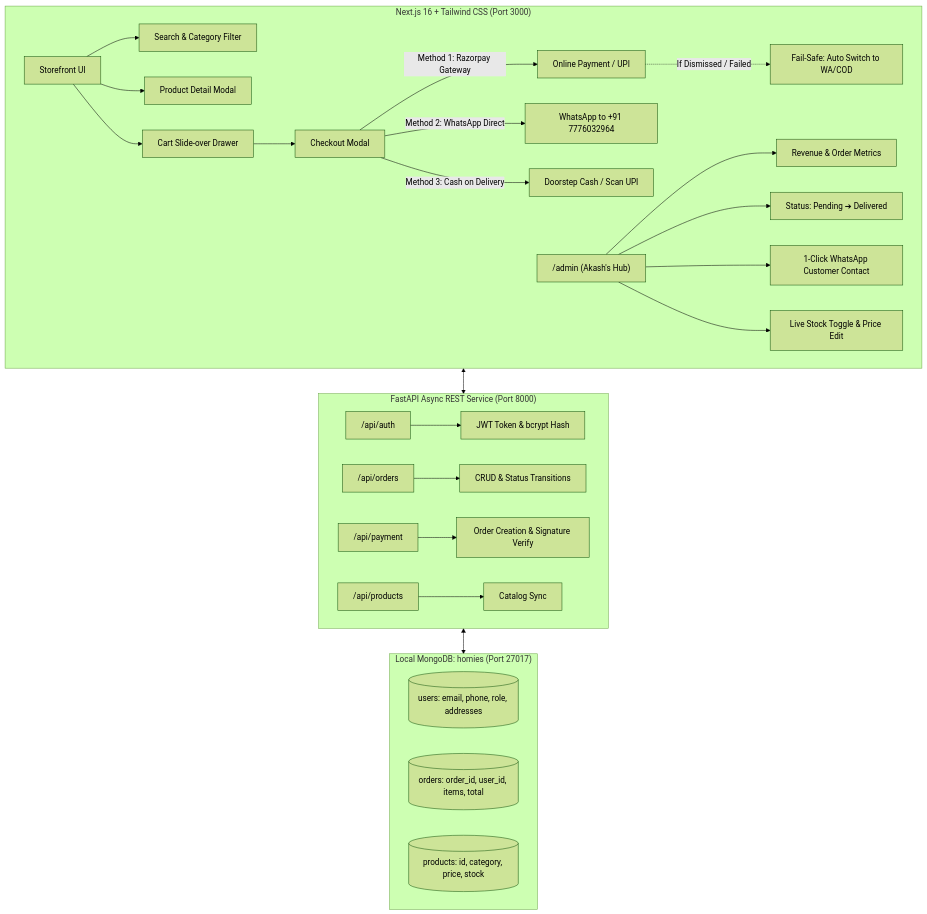
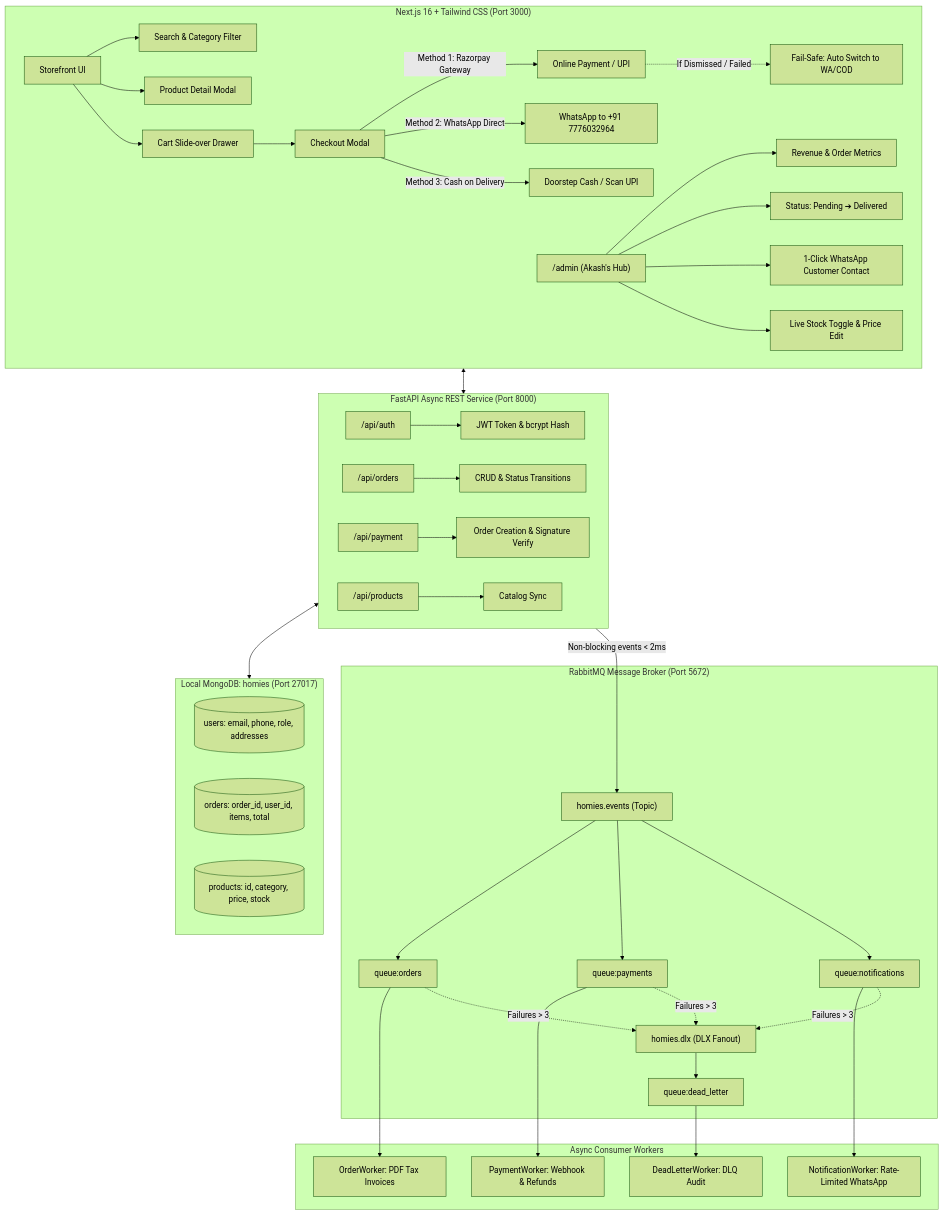
The diagram in .agents/skills/homies-clean/SKILL.md (Akash1510/Homies), drawn with Mermaid (forest theme) before and after one commit. The commit also changed other lines of this file and 2 other files, not shown here.

````diff
--- a/.agents/skills/homies-clean/SKILL.md
+++ b/.agents/skills/homies-clean/SKILL.md
@@ -33,35 +33,56 @@
 ```mermaid
 flowchart TD
     subgraph Frontend ["Next.js 16 + Tailwind CSS (Port 3000)"]
         UI[Storefront UI] --> Search[Search & Category Filter]
         UI --> PDP[Product Detail Modal]
         UI --> Cart[Cart Slide-over Drawer]
         Cart --> Checkout[Checkout Modal]
         
         Checkout -->|Method 1: Razorpay Gateway| RZP[Online Payment / UPI]
         Checkout -->|Method 2: WhatsApp Direct| WA[WhatsApp to +91 7776032964]
         Checkout -->|Method 3: Cash on Delivery| COD[Doorstep Cash / Scan UPI]
         RZP -.->|If Dismissed / Failed| Fallback[Fail-Safe: Auto Switch to WA/COD]
         
         AdminUI["/admin (Akash's Hub)"] --> Metrics[Revenue & Order Metrics]
         AdminUI --> OrderTrack[Status: Pending ➔ Delivered]
         AdminUI --> WACustomer[1-Click WhatsApp Customer Contact]
         AdminUI --> Stock[Live Stock Toggle & Price Edit]
     end
 
     subgraph Backend ["FastAPI Async REST Service (Port 8000)"]
         AuthRoute["/api/auth"] --> JWT[JWT Token & bcrypt Hash]
         OrderRoute["/api/orders"] --> OrderOps[CRUD & Status Transitions]
         PayRoute["/api/payment"] --> RZPOps[Order Creation & Signature Verify]
         ProdRoute["/api/products"] --> ProdOps[Catalog Sync]
     end
 
+    subgraph Broker ["RabbitMQ Message Broker (Port 5672)"]
+        TopicEx["homies.events (Topic)"]
+        DLXEx["homies.dlx (DLX Fanout)"]
+        QOrders["queue:orders"]
+        QPay["queue:payments"]
+        QNotif["queue:notifications"]
+        QDLQ["queue:dead_letter"]
+    end
+
+    subgraph Workers ["Async Consumer Workers"]
+        OWorker["OrderWorker: PDF Tax Invoices"]
+        PWorker["PaymentWorker: Webhook & Refunds"]
+        NWorker["NotificationWorker: Rate-Limited WhatsApp"]
+        DLQWorker["DeadLetterWorker: DLQ Audit"]
+    end
+
     subgraph Database ["Local MongoDB: homies (Port 27017)"]
         UsersCol[(users: email, phone, role, addresses)]
         OrdersCol[(orders: order_id, user_id, items, total)]
         ProductsCol[(products: id, category, price, stock)]
     end
 
     Frontend <--> Backend
     Backend <--> Database
+    Backend -->|Non-blocking events < 2ms| TopicEx
+    TopicEx --> QOrders --> OWorker
+    TopicEx --> QPay --> PWorker
+    TopicEx --> QNotif --> NWorker
+    QOrders & QPay & QNotif -.->|Failures > 3| DLXEx --> QDLQ --> DLQWorker
 ```
````
